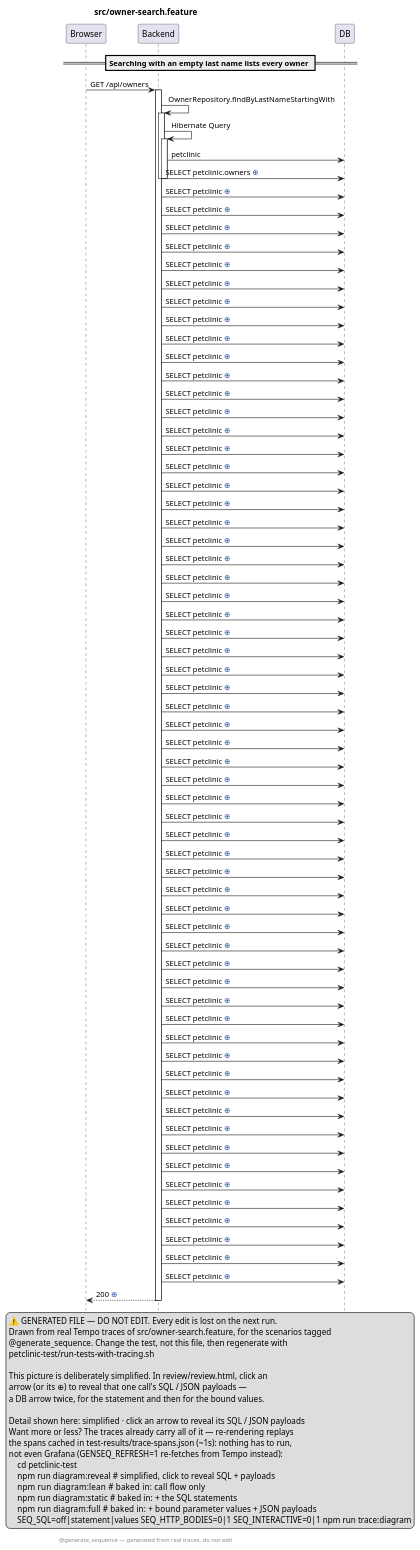
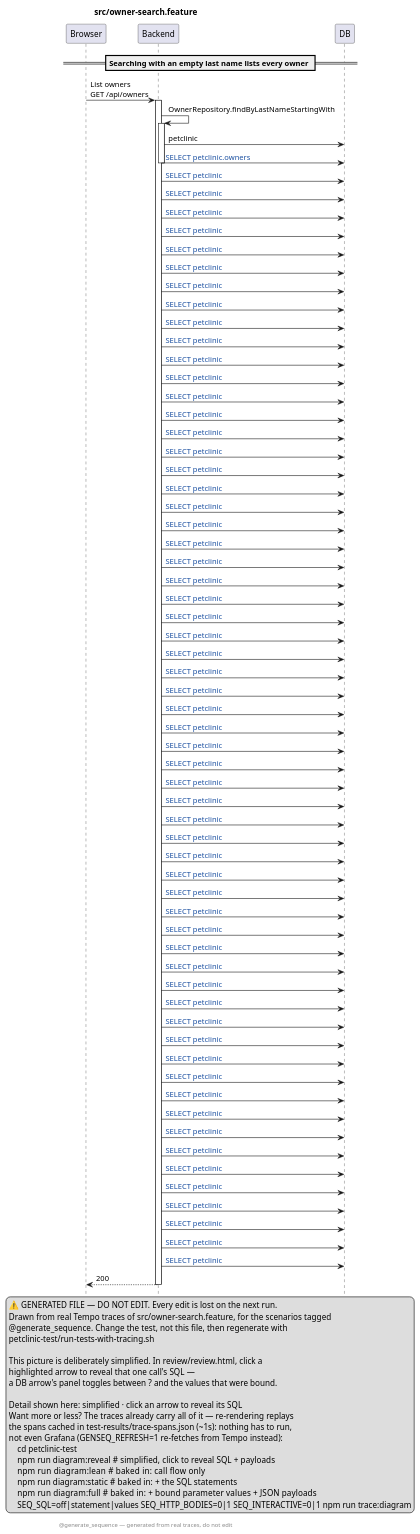
Before and after one commit to victorrentea/petclinic: the diagram in petclinic-test/src/owner-search.feature.genseq.puml, drawn with PlantUML. The commit also changed 17 other files, not shown here.

```diff
--- a/petclinic-test/src/owner-search.feature.genseq.puml
+++ b/petclinic-test/src/owner-search.feature.genseq.puml
@@ -10,11 +10,11 @@
   @generate_sequence. Change the test, not this file, then regenerate with
   petclinic-test/run-tests-with-tracing.sh
  
-  This picture is deliberately simplified. In review/review.html, click an
-  arrow (or its ⊕) to reveal that one call's SQL / JSON payloads —
-  a DB arrow twice, for the statement and then for the bound values.
+  This picture is deliberately simplified. In review/review.html, click a
+  highlighted arrow to reveal that one call's SQL —
+  a DB arrow's panel toggles between ? and the values that were bound.
  
-  Detail shown here: simplified · click an arrow to reveal its SQL / JSON payloads
+  Detail shown here: simplified · click an arrow to reveal its SQL
   Want more or less? The traces already carry all of it — re-rendering replays
   the spans cached in test-results/trace-spans.json (~1s): nothing has to run,
   not even Grafana (GENSEQ_REFRESH=1 re-fetches from Tempo instead):
@@ -30,76 +30,73 @@
 participant Backend
 participant DB
 == Searching with an empty last name lists every owner ==
-Browser -> Backend: GET /api/owners
+Browser -> Backend: List owners\nGET /api/owners
 activate Backend
 Backend -> Backend: OwnerRepository.findByLastNameStartingWith
 activate Backend
-Backend -> Backend: Hibernate Query
-activate Backend
 Backend -> DB: petclinic
-Backend -> DB: SELECT petclinic.owners [[genseq://1c73ay1{Click for the statement, again for the bound values} ⊕]]
+Backend -> DB: [[genseq://143xe0l{Click for the statement behind this call} SELECT petclinic.owners]]
 deactivate Backend
-deactivate Backend
-Backend -> DB: SELECT petclinic [[genseq://0jhcrfi{Click for the statement, again for the bound values} ⊕]]
-Backend -> DB: SELECT petclinic [[genseq://1gbemwe{Click for the statement, again for the bound values} ⊕]]
-Backend -> DB: SELECT petclinic [[genseq://0m8heo1{Click for the statement, again for the bound values} ⊕]]
-Backend -> DB: SELECT petclinic [[genseq://1chpwpd{Click for the statement, again for the bound values} ⊕]]
-Backend -> DB: SELECT petclinic [[genseq://0ozjlf4{Click for the statement, again for the bound values} ⊕]]
-Backend -> DB: SELECT petclinic [[genseq://1l7ls1s{Click for the statement, again for the bound values} ⊕]]
-Backend -> DB: SELECT petclinic [[genseq://1jnr7mb{Click for the statement, again for the bound values} ⊕]]
-Backend -> DB: SELECT petclinic [[genseq://0gy5sbn{Click for the statement, again for the bound values} ⊕]]
-Backend -> DB: SELECT petclinic [[genseq://0n17dwq{Click for the statement, again for the bound values} ⊕]]
-Backend -> DB: SELECT petclinic [[genseq://1n2a4nx{Click for the statement, again for the bound values} ⊕]]
-Backend -> DB: SELECT petclinic [[genseq://1k7mtru{Click for the statement, again for the bound values} ⊕]]
-Backend -> DB: SELECT petclinic [[genseq://0qqrhzh{Click for the statement, again for the bound values} ⊕]]
-Backend -> DB: SELECT petclinic [[genseq://1orgej0{Click for the statement, again for the bound values} ⊕]]
-Backend -> DB: SELECT petclinic [[genseq://0sfxruk{Click for the statement, again for the bound values} ⊕]]
-Backend -> DB: SELECT petclinic [[genseq://0q2e0xr{Click for the statement, again for the bound values} ⊕]]
-Backend -> DB: SELECT petclinic [[genseq://0lgfvn3{Click for the statement, again for the bound values} ⊕]]
-Backend -> DB: SELECT petclinic [[genseq://1ukozz3{Click for the statement, again for the bound values} ⊕]]
-Backend -> DB: SELECT petclinic [[genseq://1tn2vvg{Click for the statement, again for the bound values} ⊕]]
-Backend -> DB: SELECT petclinic [[genseq://13fgqen{Click for the statement, again for the bound values} ⊕]]
-Backend -> DB: SELECT petclinic [[genseq://1vas4s9{Click for the statement, again for the bound values} ⊕]]
-Backend -> DB: SELECT petclinic [[genseq://07pazpo{Click for the statement, again for the bound values} ⊕]]
-Backend -> DB: SELECT petclinic [[genseq://0tsgjez{Click for the statement, again for the bound values} ⊕]]
-Backend -> DB: SELECT petclinic [[genseq://1lmec46{Click for the statement, again for the bound values} ⊕]]
-Backend -> DB: SELECT petclinic [[genseq://02phmuh{Click for the statement, again for the bound values} ⊕]]
-Backend -> DB: SELECT petclinic [[genseq://1yt95l2{Click for the statement, again for the bound values} ⊕]]
-Backend -> DB: SELECT petclinic [[genseq://17boxa3{Click for the statement, again for the bound values} ⊕]]
-Backend -> DB: SELECT petclinic [[genseq://1xvon54{Click for the statement, again for the bound values} ⊕]]
-Backend -> DB: SELECT petclinic [[genseq://0bfdi6w{Click for the statement, again for the bound values} ⊕]]
-Backend -> DB: SELECT petclinic [[genseq://070g6rp{Click for the statement, again for the bound values} ⊕]]
-Backend -> DB: SELECT petclinic [[genseq://1w3i40y{Click for the statement, again for the bound values} ⊕]]
-Backend -> DB: SELECT petclinic [[genseq://0diyz5h{Click for the statement, again for the bound values} ⊕]]
-Backend -> DB: SELECT petclinic [[genseq://0hbi6cn{Click for the statement, again for the bound values} ⊕]]
-Backend -> DB: SELECT petclinic [[genseq://046yqvm{Click for the statement, again for the bound values} ⊕]]
-Backend -> DB: SELECT petclinic [[genseq://1l8klok{Click for the statement, again for the bound values} ⊕]]
-Backend -> DB: SELECT petclinic [[genseq://0nnvac7{Click for the statement, again for the bound values} ⊕]]
-Backend -> DB: SELECT petclinic [[genseq://0n2jjmc{Click for the statement, again for the bound values} ⊕]]
-Backend -> DB: SELECT petclinic [[genseq://1imhebb{Click for the statement, again for the bound values} ⊕]]
-Backend -> DB: SELECT petclinic [[genseq://1sd5aic{Click for the statement, again for the bound values} ⊕]]
-Backend -> DB: SELECT petclinic [[genseq://0fu4sb2{Click for the statement, again for the bound values} ⊕]]
-Backend -> DB: SELECT petclinic [[genseq://109ed38{Click for the statement, again for the bound values} ⊕]]
-Backend -> DB: SELECT petclinic [[genseq://0otrg6p{Click for the statement, again for the bound values} ⊕]]
-Backend -> DB: SELECT petclinic [[genseq://1vdfzqf{Click for the statement, again for the bound values} ⊕]]
-Backend -> DB: SELECT petclinic [[genseq://0renyjk{Click for the statement, again for the bound values} ⊕]]
-Backend -> DB: SELECT petclinic [[genseq://0t0zlry{Click for the statement, again for the bound values} ⊕]]
-Backend -> DB: SELECT petclinic [[genseq://1mipl6r{Click for the statement, again for the bound values} ⊕]]
-Backend -> DB: SELECT petclinic [[genseq://0vfsw81{Click for the statement, again for the bound values} ⊕]]
-Backend -> DB: SELECT petclinic [[genseq://0qep09m{Click for the statement, again for the bound values} ⊕]]
-Backend -> DB: SELECT petclinic [[genseq://14o80cw{Click for the statement, again for the bound values} ⊕]]
-Backend -> DB: SELECT petclinic [[genseq://0vaw5f0{Click for the statement, again for the bound values} ⊕]]
-Backend -> DB: SELECT petclinic [[genseq://0spzn25{Click for the statement, again for the bound values} ⊕]]
-Backend -> DB: SELECT petclinic [[genseq://00um12r{Click for the statement, again for the bound values} ⊕]]
-Backend -> DB: SELECT petclinic [[genseq://1x5z1hr{Click for the statement, again for the bound values} ⊕]]
-Backend -> DB: SELECT petclinic [[genseq://0wx7sne{Click for the statement, again for the bound values} ⊕]]
-Backend -> DB: SELECT petclinic [[genseq://01v0hcd{Click for the statement, again for the bound values} ⊕]]
-Backend -> DB: SELECT petclinic [[genseq://1632cj1{Click for the statement, again for the bound values} ⊕]]
-Backend -> DB: SELECT petclinic [[genseq://1x6kf8q{Click for the statement, again for the bound values} ⊕]]
-Backend -> DB: SELECT petclinic [[genseq://18nwna4{Click for the statement, again for the bound values} ⊕]]
-Backend -> DB: SELECT petclinic [[genseq://0us06z7{Click for the statement, again for the bound values} ⊕]]
-Backend -> DB: SELECT petclinic [[genseq://1g17csn{Click for the statement, again for the bound values} ⊕]]
-Backend -> DB: SELECT petclinic [[genseq://0deb5uf{Click for the statement, again for the bound values} ⊕]]
-Backend --> Browser: 200 [[genseq://0c10zdp{Click for this call’s JSON body} ⊕]]
+Backend -> DB: [[genseq://030w0nk{Click for the statement behind this call} SELECT petclinic]]
+Backend -> DB: [[genseq://0nq1lxs{Click for the statement behind this call} SELECT petclinic]]
+Backend -> DB: [[genseq://12cxbed{Click for the statement behind this call} SELECT petclinic]]
+Backend -> DB: [[genseq://1n22wol{Click for the statement behind this call} SELECT petclinic]]
+Backend -> DB: [[genseq://1lhvte6{Click for the statement behind this call} SELECT petclinic]]
+Backend -> DB: [[genseq://075xcpa{Click for the statement behind this call} SELECT petclinic]]
+Backend -> DB: [[genseq://0ro48t7{Click for the statement behind this call} SELECT petclinic]]
+Backend -> DB: [[genseq://1cd9u3f{Click for the statement behind this call} SELECT petclinic]]
+Backend -> DB: [[genseq://15zzto4{Click for the statement behind this call} SELECT petclinic]]
+Backend -> DB: [[genseq://1o7w4wp{Click for the statement behind this call} SELECT petclinic]]
+Backend -> DB: [[genseq://1qp5eyc{Click for the statement behind this call} SELECT petclinic]]
+Backend -> DB: [[genseq://13iqjmh{Click for the statement behind this call} SELECT petclinic]]
+Backend -> DB: [[genseq://1hzjhsy{Click for the statement behind this call} SELECT petclinic]]
+Backend -> DB: [[genseq://0xadwiq{Click for the statement behind this call} SELECT petclinic]]
+Backend -> DB: [[genseq://060v3d1{Click for the statement behind this call} SELECT petclinic]]
+Backend -> DB: [[genseq://0vcpepb{Click for the statement behind this call} SELECT petclinic]]
+Backend -> DB: [[genseq://0anjtf3{Click for the statement behind this call} SELECT petclinic]]
+Backend -> DB: [[genseq://0yvdxi8{Click for the statement behind this call} SELECT petclinic]]
+Backend -> DB: [[genseq://1a2kb0l{Click for the statement behind this call} SELECT petclinic]]
+Backend -> DB: [[genseq://12hpq13{Click for the statement behind this call} SELECT petclinic]]
+Backend -> DB: [[genseq://03vz36o{Click for the statement behind this call} SELECT petclinic]]
+Backend -> DB: [[genseq://00upuw9{Click for the statement behind this call} SELECT petclinic]]
+Backend -> DB: [[genseq://1parp4q{Click for the statement behind this call} SELECT petclinic]]
+Backend -> DB: [[genseq://07iavpj{Click for the statement behind this call} SELECT petclinic]]
+Backend -> DB: [[genseq://0ubcut6{Click for the statement behind this call} SELECT petclinic]]
+Backend -> DB: [[genseq://14wf2jt{Click for the statement behind this call} SELECT petclinic]]
+Backend -> DB: [[genseq://10175qc{Click for the statement behind this call} SELECT petclinic]]
+Backend -> DB: [[genseq://051sbes{Click for the statement behind this call} SELECT petclinic]]
+Backend -> DB: [[genseq://1nou1nv{Click for the statement behind this call} SELECT petclinic]]
+Backend -> DB: [[genseq://04e6q5a{Click for the statement behind this call} SELECT petclinic]]
+Backend -> DB: [[genseq://0spf7cb{Click for the statement behind this call} SELECT petclinic]]
+Backend -> DB: [[genseq://0o4hxq5{Click for the statement behind this call} SELECT petclinic]]
+Backend -> DB: [[genseq://18fvxsu{Click for the statement behind this call} SELECT petclinic]]
+Backend -> DB: [[genseq://0bzx4uw{Click for the statement behind this call} SELECT petclinic]]
+Backend -> DB: [[genseq://1s675dp{Click for the statement behind this call} SELECT petclinic]]
+Backend -> DB: [[genseq://13f0bxw{Click for the statement behind this call} SELECT petclinic]]
+Backend -> DB: [[genseq://10xr1w9{Click for the statement behind this call} SELECT petclinic]]
+Backend -> DB: [[genseq://1g1mcig{Click for the statement behind this call} SELECT petclinic]]
+Backend -> DB: [[genseq://1iwwbny{Click for the statement behind this call} SELECT petclinic]]
+Backend -> DB: [[genseq://08flhmc{Click for the statement behind this call} SELECT petclinic]]
+Backend -> DB: [[genseq://0p34r2z{Click for the statement behind this call} SELECT petclinic]]
+Backend -> DB: [[genseq://05yc7kp{Click for the statement behind this call} SELECT petclinic]]
+Backend -> DB: [[genseq://00fwixc{Click for the statement behind this call} SELECT petclinic]]
+Backend -> DB: [[genseq://0nxhhce{Click for the statement behind this call} SELECT petclinic]]
+Backend -> DB: [[genseq://0zrxto5{Click for the statement behind this call} SELECT petclinic]]
+Backend -> DB: [[genseq://1t4tyqj{Click for the statement behind this call} SELECT petclinic]]
+Backend -> DB: [[genseq://0qp2eju{Click for the statement behind this call} SELECT petclinic]]
+Backend -> DB: [[genseq://14hlqkw{Click for the statement behind this call} SELECT petclinic]]
+Backend -> DB: [[genseq://1sjcrsc{Click for the statement behind this call} SELECT petclinic]]
+Backend -> DB: [[genseq://0u99zjr{Click for the statement behind this call} SELECT petclinic]]
+Backend -> DB: [[genseq://04sizcl{Click for the statement behind this call} SELECT petclinic]]
+Backend -> DB: [[genseq://0so4c5t{Click for the statement behind this call} SELECT petclinic]]
+Backend -> DB: [[genseq://1uqrm7e{Click for the statement behind this call} SELECT petclinic]]
+Backend -> DB: [[genseq://1ufhslr{Click for the statement behind this call} SELECT petclinic]]
+Backend -> DB: [[genseq://1yaz77b{Click for the statement behind this call} SELECT petclinic]]
+Backend -> DB: [[genseq://0p1zmte{Click for the statement behind this call} SELECT petclinic]]
+Backend -> DB: [[genseq://0xjxxgs{Click for the statement behind this call} SELECT petclinic]]
+Backend -> DB: [[genseq://07ldlu5{Click for the statement behind this call} SELECT petclinic]]
+Backend -> DB: [[genseq://0wu9h9z{Click for the statement behind this call} SELECT petclinic]]
+Backend -> DB: [[genseq://1hjf2k7{Click for the statement behind this call} SELECT petclinic]]
+Backend --> Browser: 200
 deactivate Backend
 @enduml
```
